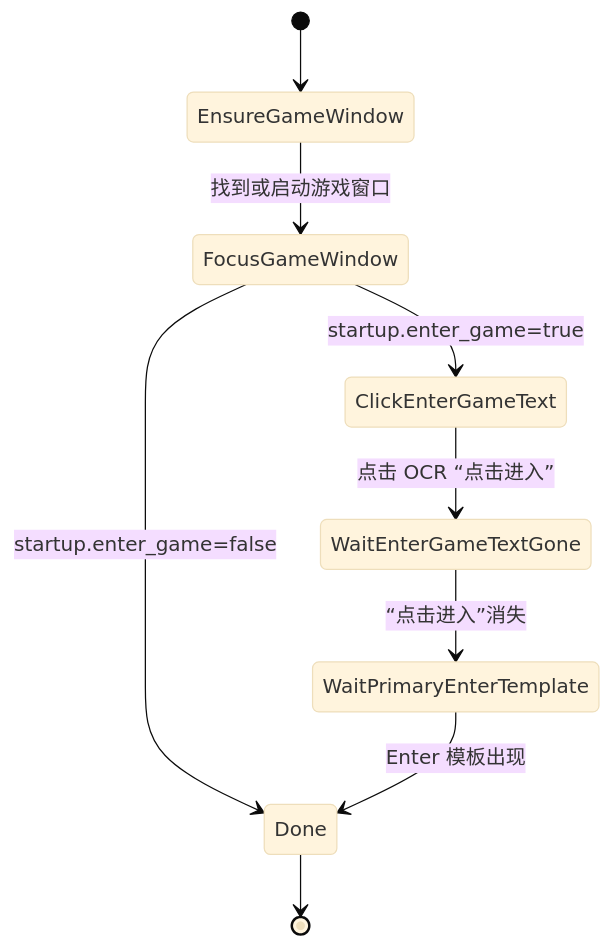
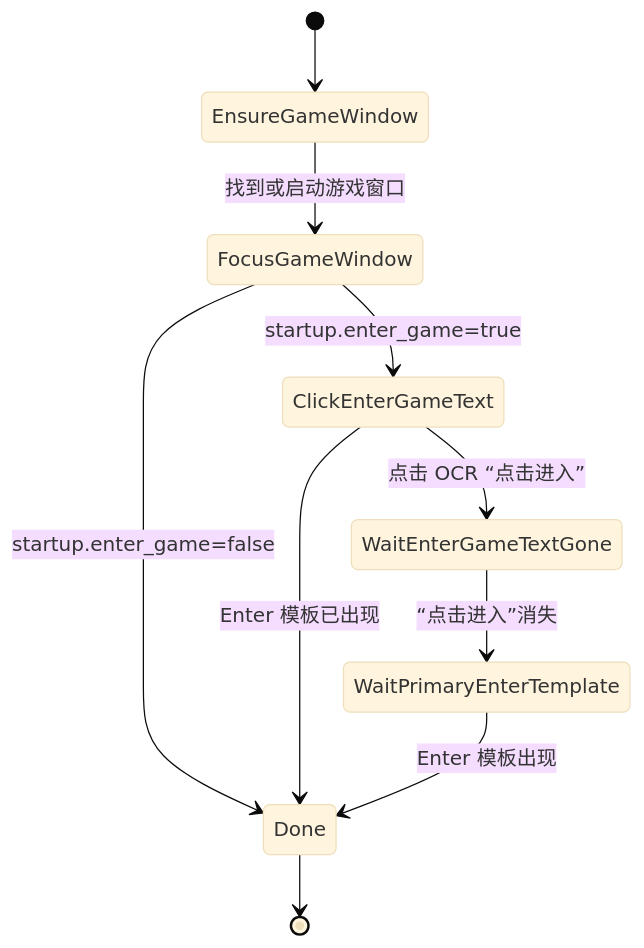
One commit to XingNian-www/Miliastra-Wonderland-Music changed the second of 3 diagrams in docs/startup-wonderland-flow.md. Above: the diagram before and after it, drawn with Mermaid (base theme). The commit also changed other lines of this file and 9 other files, not shown here.

````diff
--- a/docs/startup-wonderland-flow.md
+++ b/docs/startup-wonderland-flow.md
@@ -42,11 +42,12 @@
 ```mermaid
 stateDiagram-v2
     [*] --> EnsureGameWindow
     EnsureGameWindow --> FocusGameWindow: 找到或启动游戏窗口
     FocusGameWindow --> ClickEnterGameText: startup.enter_game=true
     FocusGameWindow --> Done: startup.enter_game=false
+    ClickEnterGameText --> Done: Enter 模板已出现
     ClickEnterGameText --> WaitEnterGameTextGone: 点击 OCR “点击进入”
     WaitEnterGameTextGone --> WaitPrimaryEnterTemplate: “点击进入”消失
     WaitPrimaryEnterTemplate --> Done: Enter 模板出现
     Done --> [*]
 ```
````
